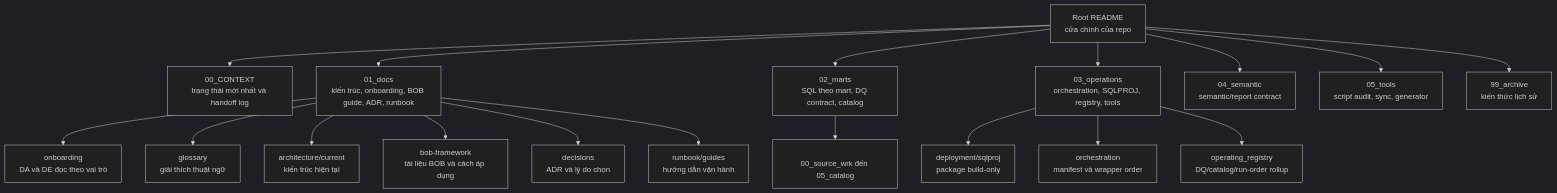
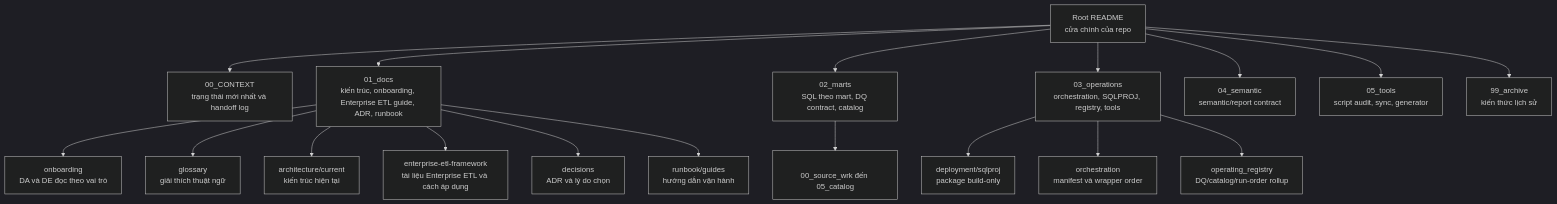
One commit to ankinguyen-engineer-2002/data-architecture-microsoft-medallion-vietnam-data-hub changed the diagram in 01_docs/architecture/current/readme_operating_map.mmd. Above: the diagram before and after it, drawn with Mermaid (dark theme). The commit also changed 338 other files, not shown here.

Commit message:
docs: canonicalize enterprise etl naming

```diff
--- a/01_docs/architecture/current/readme_operating_map.mmd
+++ b/01_docs/architecture/current/readme_operating_map.mmd
@@ -1,30 +1,30 @@
 flowchart TB
     repo["Root README<br/>cửa chính của repo"]
 
     context["00_CONTEXT<br/>trạng thái mới nhất và handoff log"]
-    docs["01_docs<br/>kiến trúc, onboarding, BOB guide, ADR, runbook"]
+    docs["01_docs<br/>kiến trúc, onboarding, Enterprise ETL guide, ADR, runbook"]
     marts["02_marts<br/>SQL theo mart, DQ contract, catalog"]
     ops["03_operations<br/>orchestration, SQLPROJ, registry, tools"]
     semantic["04_semantic<br/>semantic/report contract"]
     tools["05_tools<br/>script audit, sync, generator"]
     archive["99_archive<br/>kiến thức lịch sử"]
 
     repo --> context
     repo --> docs
     repo --> marts
     repo --> ops
     repo --> semantic
     repo --> tools
     repo --> archive
 
     docs --> onboarding["onboarding<br/>DA và DE đọc theo vai trò"]
     docs --> glossary["glossary<br/>giải thích thuật ngữ"]
     docs --> arch["architecture/current<br/>kiến trúc hiện tại"]
-    docs --> bob["bob-framework<br/>tài liệu BOB và cách áp dụng"]
+    docs --> enterprise_etl["enterprise-etl-framework<br/>tài liệu Enterprise ETL và cách áp dụng"]
     docs --> decisions["decisions<br/>ADR và lý do chọn"]
     docs --> runbook["runbook/guides<br/>hướng dẫn vận hành"]
 
     marts --> martA["<mart_name><br/>00_source_wrk đến 05_catalog"]
     ops --> sqlproj["deployment/sqlproj<br/>package build-only"]
     ops --> orch["orchestration<br/>manifest và wrapper order"]
     ops --> registry["operating_registry<br/>DQ/catalog/run-order rollup"]
```
